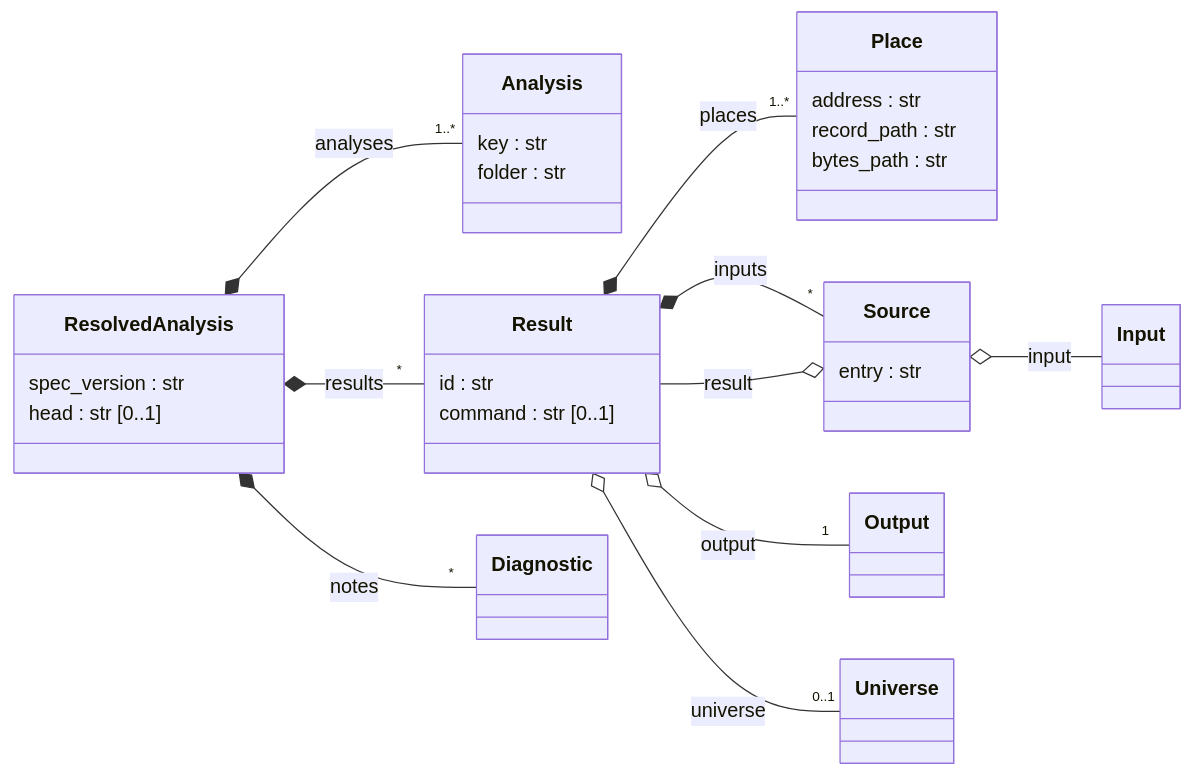
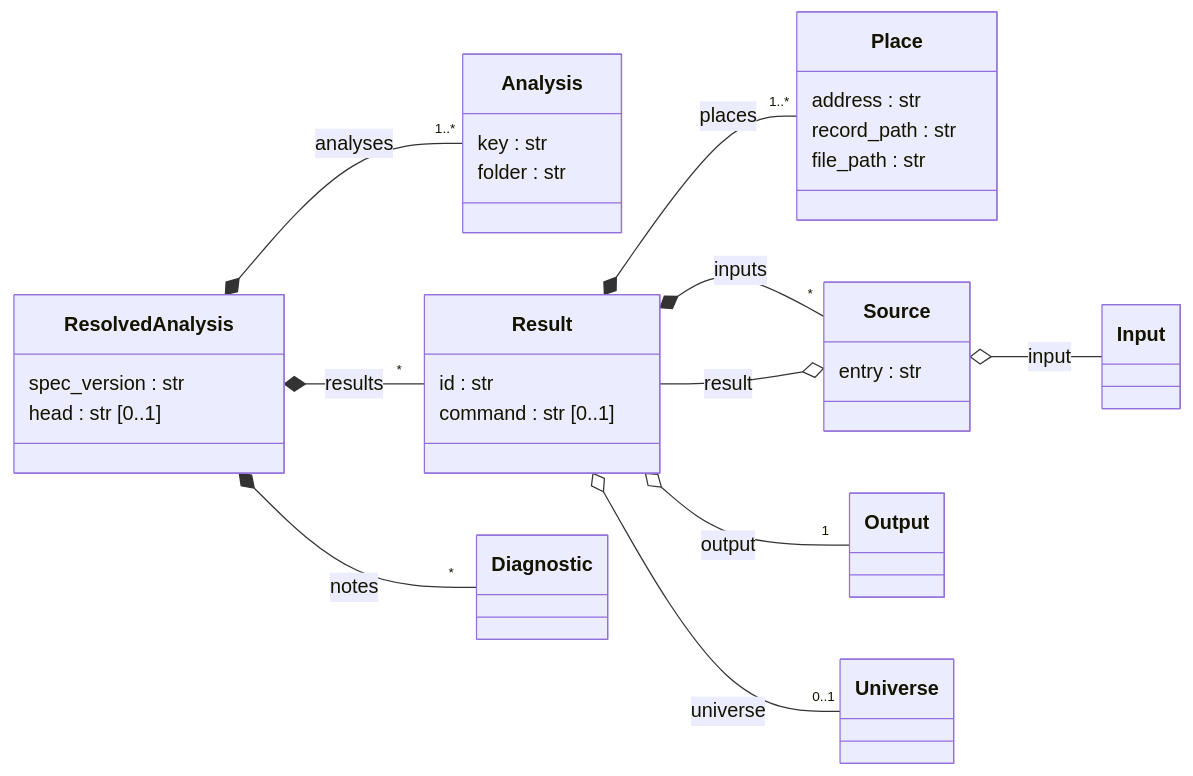
Before and after one commit to astra-project/astra-tools: the third of 8 diagrams in docs/data-model.md, drawn with Mermaid. The commit also changed other lines of this file and 20 other files, not shown here.

````diff
--- a/docs/data-model.md
+++ b/docs/data-model.md
@@ -166,37 +166,37 @@
 ```mermaid
 classDiagram
   direction LR
   class ResolvedAnalysis {
     spec_version : str
     head : str [0..1]
   }
   class Analysis {
     key : str
     folder : str
   }
   class Result {
     id : str
     command : str [0..1]
   }
   class Place {
     address : str
     record_path : str
-    bytes_path : str
+    file_path : str
   }
   class Source {
     entry : str
   }
   class Output
   class Universe
   class Input
   class Diagnostic
   ResolvedAnalysis *-- "1..*" Analysis : analyses
   ResolvedAnalysis *-- "*" Result : results
   ResolvedAnalysis *-- "*" Diagnostic : notes
   Result *-- "1..*" Place : places
   Result *-- "*" Source : inputs
   Result o-- "1" Output : output
   Result o-- "0..1" Universe : universe
   Source o-- Input : input
   Source o-- Result : result
 ```
````
